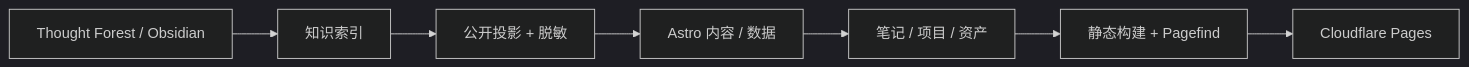
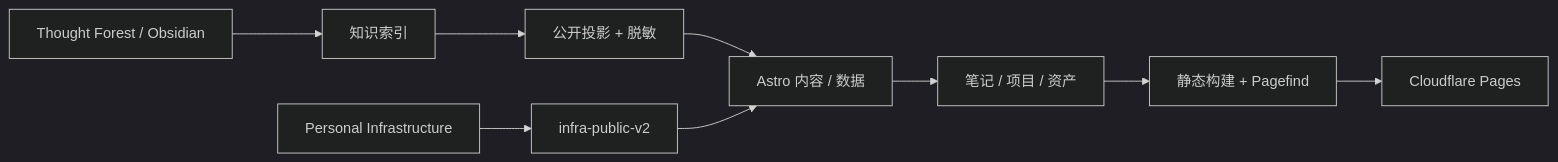
Before and after one commit to BakerSean168/digital-biome: the diagram in docs/zh-CN/README.md, drawn with Mermaid (dark theme). The commit also changed other lines of this file and 49 other files, not shown here.

````diff
--- a/docs/zh-CN/README.md
+++ b/docs/zh-CN/README.md
@@ -31,9 +31,11 @@
 ```mermaid
 flowchart LR
     A[Thought Forest / Obsidian] --> B[知识索引]
     B --> C[公开投影 + 脱敏]
     C --> D[Astro 内容 / 数据]
+    PI[Personal Infrastructure] --> IP[infra-public-v2]
+    IP --> D
     D --> E[笔记 / 项目 / 资产]
     E --> F[静态构建 + Pagefind]
     F --> G[Cloudflare Pages]
 ```
````
